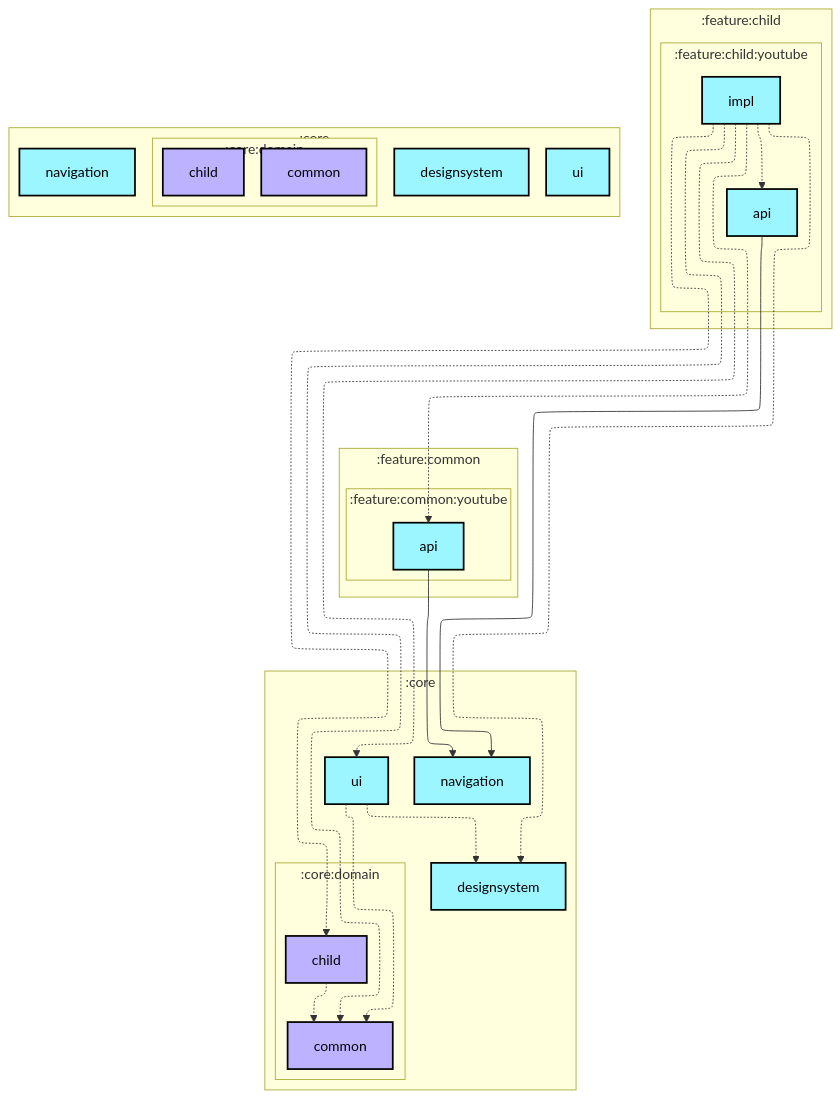
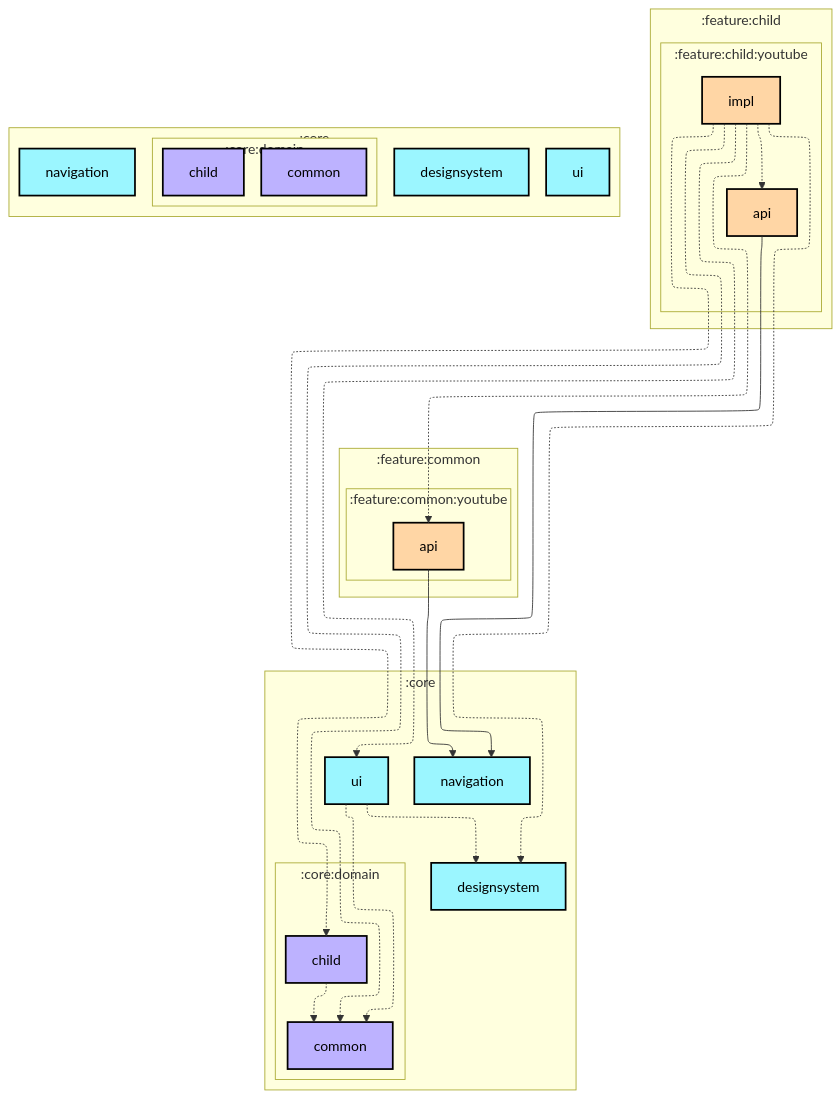
Before and after one commit to jadavchirag/jadavchirag: the first of 2 diagrams in architecture/ParentalControlApps/feature/child/youtube/impl/README.md, drawn with Mermaid. The commit also changed 26 other files, not shown here.

Commit message:
fixed feature module colors in graphs

````diff
--- a/architecture/ParentalControlApps/feature/child/youtube/impl/README.md
+++ b/architecture/ParentalControlApps/feature/child/youtube/impl/README.md
@@ -6,57 +6,57 @@
 ```mermaid
 ---
 config:
   layout: elk
   elk:
     nodePlacementStrategy: SIMPLE
 ---
 graph TB
   subgraph :feature:child
     direction TB
     subgraph :feature:child:youtube
       direction TB
-      :feature:child:youtube:api[api]:::android-library
-      :feature:child:youtube:impl[impl]:::android-library
+      :feature:child:youtube:api[api]:::android-feature
+      :feature:child:youtube:impl[impl]:::android-feature
     end
   end
   subgraph :core
     direction TB
     :core:designsystem[designsystem]:::android-library
     :core:navigation[navigation]:::android-library
     :core:ui[ui]:::android-library
   end
   subgraph :feature:common
     direction TB
     subgraph :feature:common:youtube
       direction TB
-      :feature:common:youtube:api[api]:::android-library
+      :feature:common:youtube:api[api]:::android-feature
     end
   end
   subgraph :core
     direction TB
     subgraph :core:domain
       direction TB
       :core:domain:child[child]:::jvm-library
       :core:domain:common[common]:::jvm-library
     end
   end
 
   :core:domain:child -.-> :core:domain:common
   :core:ui -.-> :core:designsystem
   :core:ui -.-> :core:domain:common
   :feature:child:youtube:api --> :core:navigation
   :feature:child:youtube:impl -.-> :core:designsystem
   :feature:child:youtube:impl -.-> :core:domain:child
   :feature:child:youtube:impl -.-> :core:domain:common
   :feature:child:youtube:impl -.-> :core:ui
   :feature:child:youtube:impl -.-> :feature:child:youtube:api
   :feature:child:youtube:impl -.-> :feature:common:youtube:api
   :feature:common:youtube:api --> :core:navigation
 
 classDef android-application fill:#CAFFBF,stroke:#000,stroke-width:2px,color:#000;
 classDef android-feature fill:#FFD6A5,stroke:#000,stroke-width:2px,color:#000;
 classDef android-library fill:#9BF6FF,stroke:#000,stroke-width:2px,color:#000;
 classDef android-test fill:#A0C4FF,stroke:#000,stroke-width:2px,color:#000;
 classDef jvm-library fill:#BDB2FF,stroke:#000,stroke-width:2px,color:#000;
 classDef unknown fill:#FFADAD,stroke:#000,stroke-width:2px,color:#000;
 ```
````
